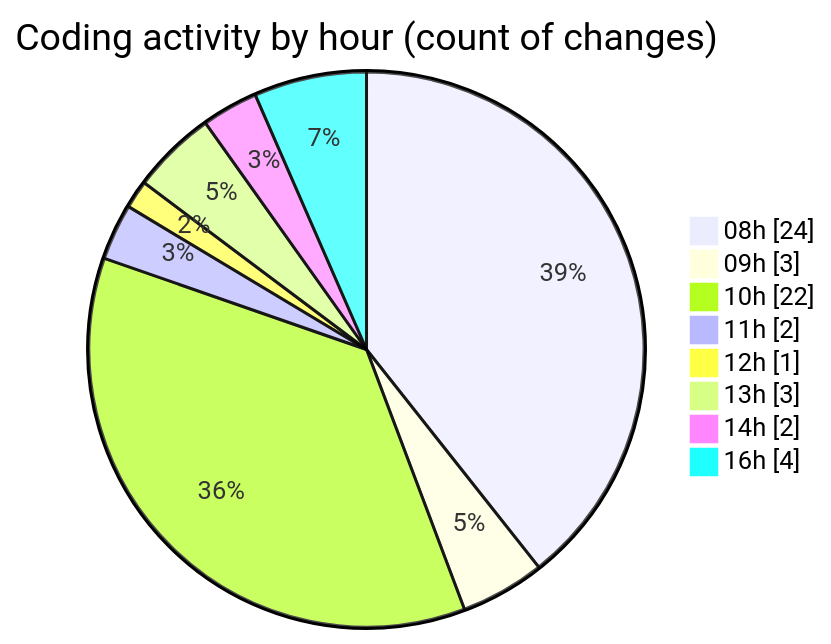
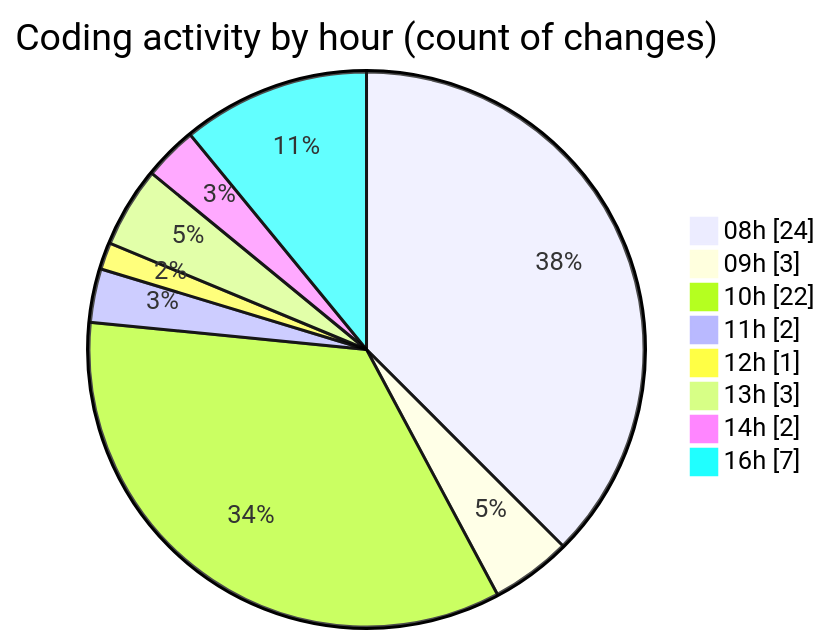
Before and after one commit to julien-gomy/code-tracking: the second of 2 diagrams in 2025-11-07/eventscop-frontend-guide__workspace_/README.md, drawn with Mermaid. The commit also changed other lines of this file and 1 other file, not shown here.

````diff
--- a/2025-11-07/eventscop-frontend-guide__workspace_/README.md
+++ b/2025-11-07/eventscop-frontend-guide__workspace_/README.md
@@ -53,12 +54,12 @@
 ```mermaid
 pie showData
 title Coding activity by hour (count of changes)
 "08h" : 24
 "09h" : 3
 "10h" : 22
 "11h" : 2
 "12h" : 1
 "13h" : 3
 "14h" : 2
-"16h" : 4
+"16h" : 7
 ```
````
